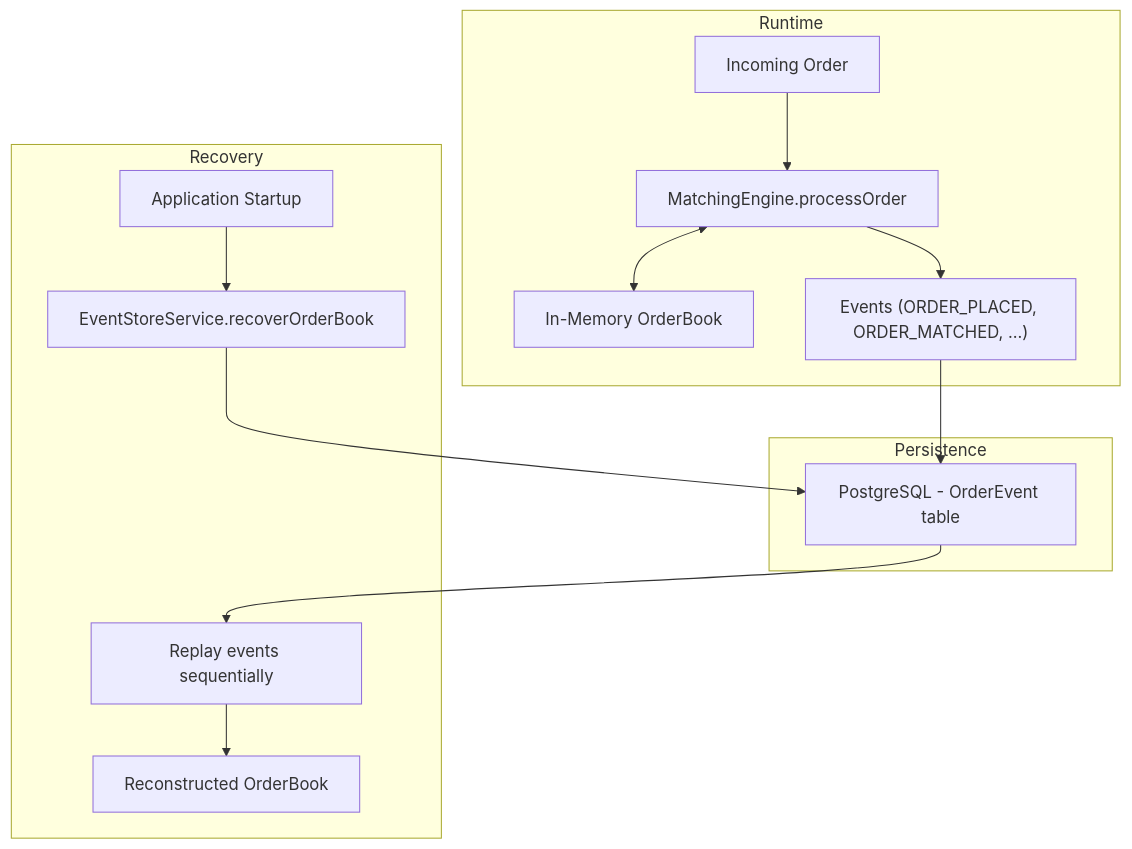
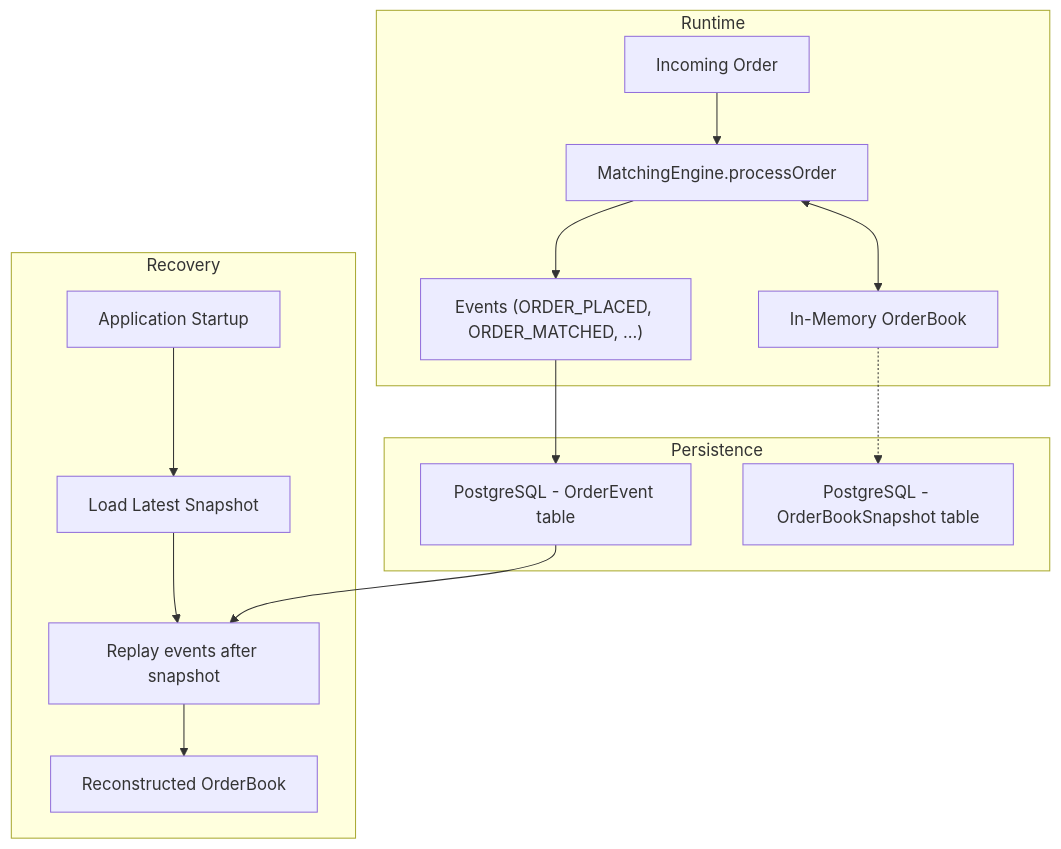
The third of 3 diagrams in README.md (mo74x/matchbook), drawn with Mermaid before and after one commit. The commit also changed other lines of this file and 1 other file, not shown here.

````diff
--- a/README.md
+++ b/README.md
@@ -123,30 +134,32 @@
 ```mermaid
 flowchart TD
     subgraph Runtime
         A[Incoming Order]
         B[MatchingEngine.processOrder]
         C[In-Memory OrderBook]
         D["Events (ORDER_PLACED, ORDER_MATCHED, ...)"]
     end
 
     subgraph Persistence
         E[PostgreSQL - OrderEvent table]
+        S[PostgreSQL - OrderBookSnapshot table]
     end
 
     subgraph Recovery
         F[Application Startup]
-        G[EventStoreService.recoverOrderBook]
-        H[Replay events sequentially]
+        G[Load Latest Snapshot]
+        H[Replay events after snapshot]
         I[Reconstructed OrderBook]
     end
 
     A --> B
     B <--> C
     B --> D
     D --> E
+    C -.-> S
 
     F --> G
-    G --> E
+    G --> H
     E --> H
     H --> I
 ```
````
